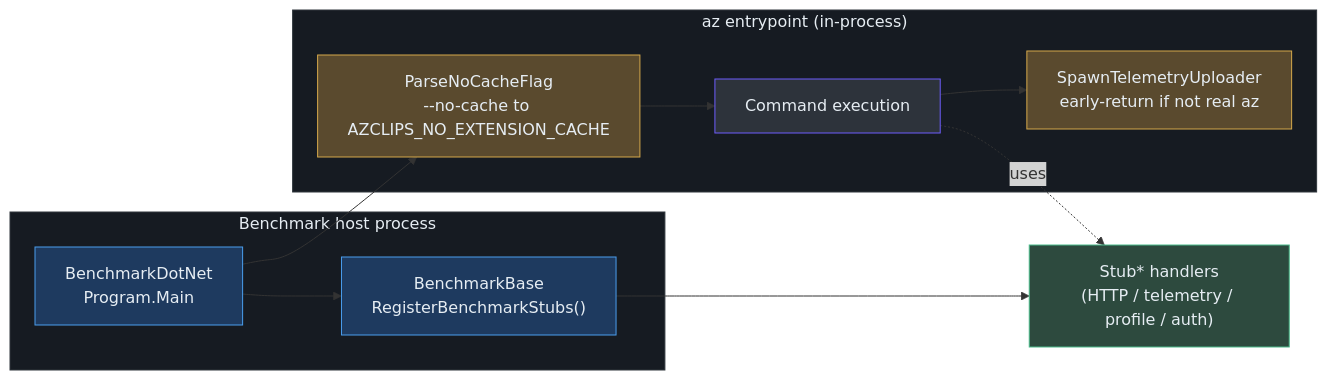
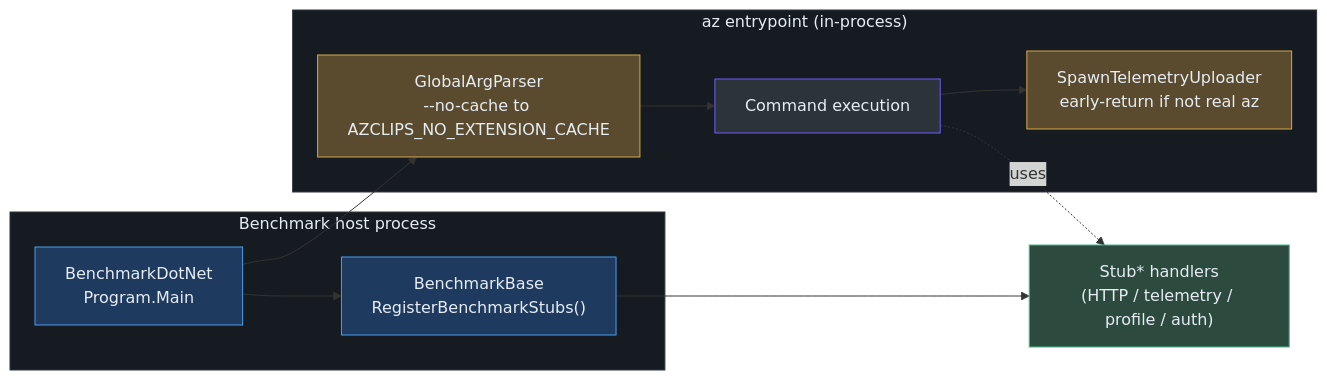
One commit to Azure/azclips changed the second of 2 diagrams in wiki/02-deep-dive/testing-benchmarking.md. Above: the diagram before and after it, drawn with Mermaid. The commit also changed other lines of this file and 6 other files, not shown here.

````diff
--- a/wiki/02-deep-dive/testing-benchmarking.md
+++ b/wiki/02-deep-dive/testing-benchmarking.md
@@ -103,24 +103,24 @@
 ```mermaid
 flowchart LR
     subgraph host["Benchmark host process"]
         BDN["BenchmarkDotNet<br>Program.Main"]
         BASE["BenchmarkBase<br>RegisterBenchmarkStubs()"]
     end
     subgraph cli["az entrypoint (in-process)"]
-        NC["ParseNoCacheFlag<br>--no-cache to AZCLIPS_NO_EXTENSION_CACHE"]
+        NC["GlobalArgParser<br>--no-cache to AZCLIPS_NO_EXTENSION_CACHE"]
         RUN["Command execution"]
         TEL["SpawnTelemetryUploader<br>early-return if not real az"]
     end
     STUBS["Stub* handlers<br>(HTTP / telemetry / profile / auth)"]
     BDN --> BASE --> STUBS
     BDN --> NC --> RUN --> TEL
     RUN -.uses.-> STUBS
     style host fill:#161b22,stroke:#30363d,color:#e6edf3
     style cli fill:#161b22,stroke:#30363d,color:#e6edf3
     style BDN fill:#1e3a5f,stroke:#4a9eed,color:#e6edf3
     style BASE fill:#1e3a5f,stroke:#4a9eed,color:#e6edf3
     style NC fill:#5a4a2e,stroke:#d4a84b,color:#e6edf3
     style TEL fill:#5a4a2e,stroke:#d4a84b,color:#e6edf3
     style RUN fill:#2d333b,stroke:#6d5dfc,color:#e6edf3
     style STUBS fill:#2d4a3e,stroke:#4aba8a,color:#e6edf3
 ```
````
